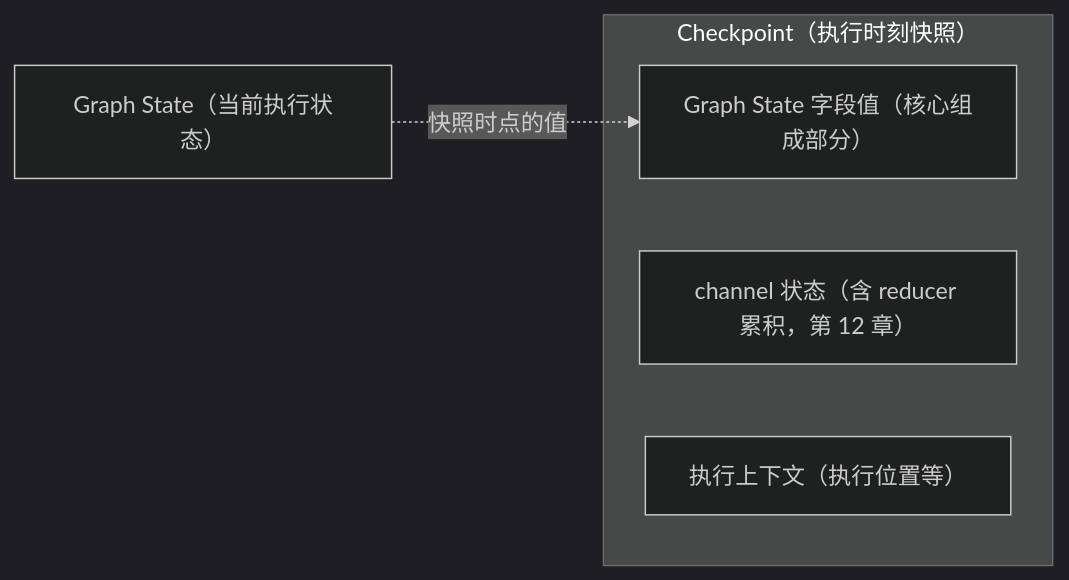
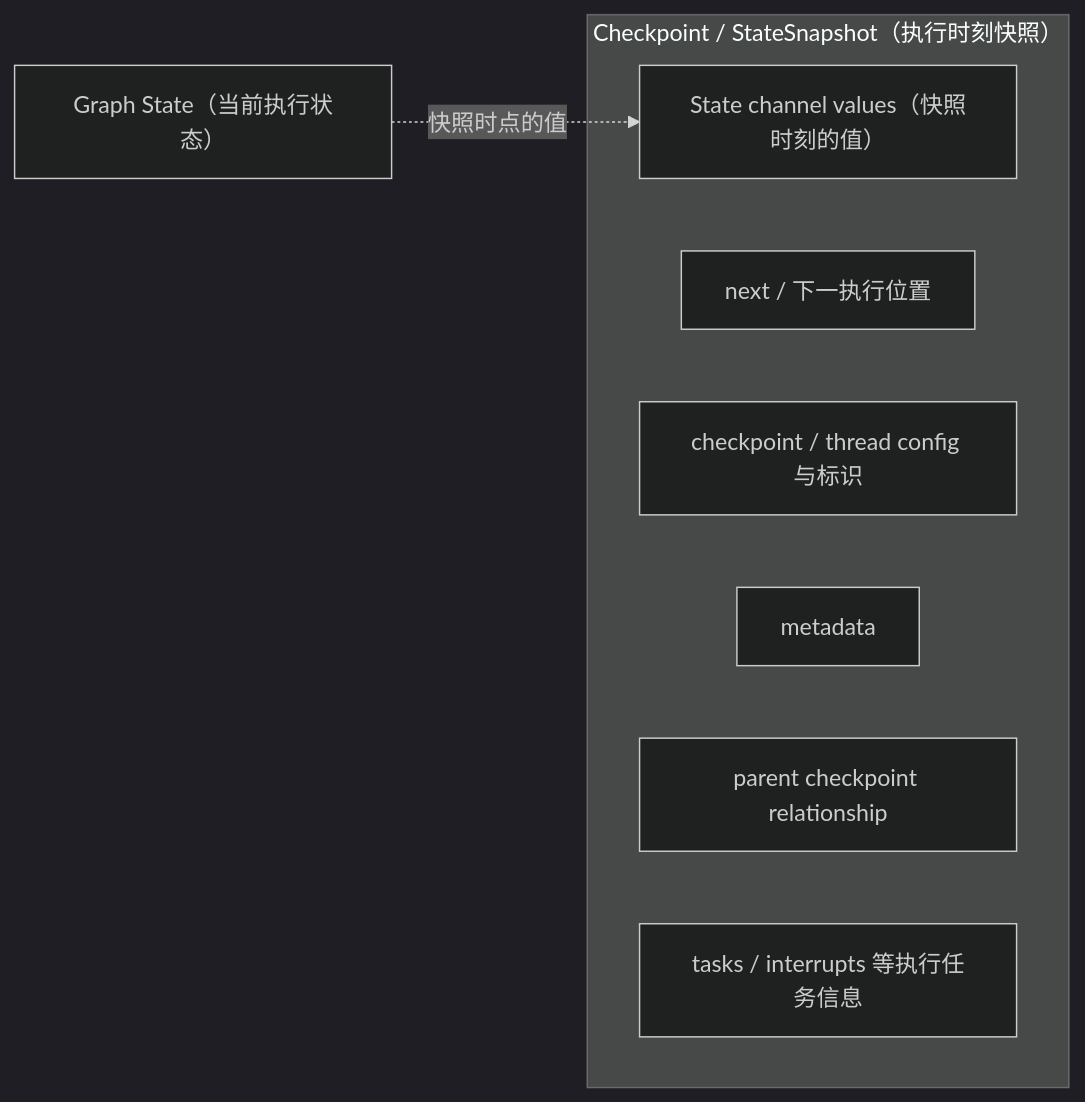
The fourth of 4 diagrams in docs/03-langgraph-core/ch14-checkpoint.md (AnRun-M/enterprise-ai-agent-handbook), drawn with Mermaid (dark theme) before and after one commit. The commit also changed other lines of this file and 2 other files, not shown here.

Commit message:
docs: refine checkpoint persistence and memory boundaries

````diff
--- a/docs/03-langgraph-core/ch14-checkpoint.md
+++ b/docs/03-langgraph-core/ch14-checkpoint.md
@@ -101,9 +106,12 @@
 ```mermaid
 flowchart LR
-    subgraph CK["Checkpoint（执行时刻快照）"]
-        C1["Graph State 字段值（核心组成部分）"]
-        C2["channel 状态（含 reducer 累积，第 12 章）"]
-        C3["执行上下文（执行位置等）"]
+    subgraph CK["Checkpoint / StateSnapshot（执行时刻快照）"]
+        C1["State channel values（快照时刻的值）"]
+        C2["next / 下一执行位置"]
+        C3["checkpoint / thread config 与标识"]
+        C4["metadata"]
+        C5["parent checkpoint relationship"]
+        C6["tasks / interrupts 等执行任务信息"]
     end
     GS["Graph State（当前执行状态）"] -. "快照时点的值" .-> C1
 ```
````
